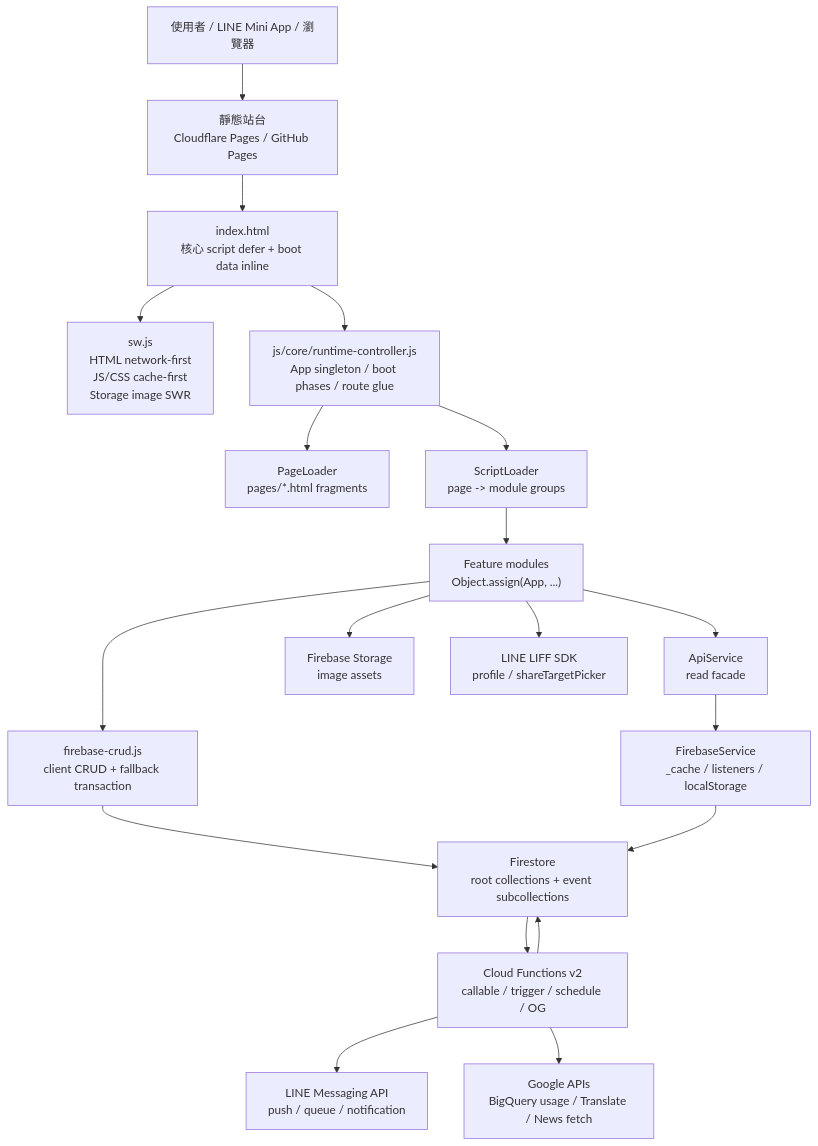
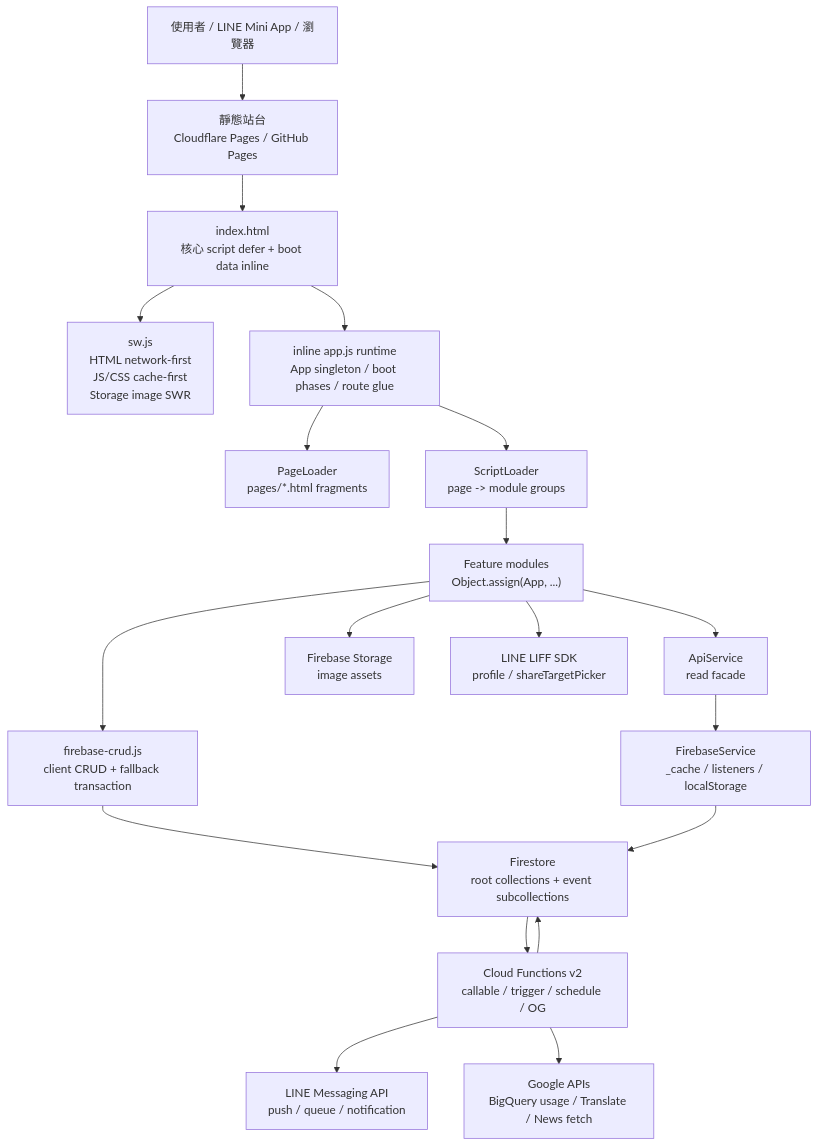
The first of 3 diagrams in docs/architecture.md (msw2004727/FC), drawn with Mermaid before and after one commit. The commit also changed other lines of this file and 9 other files, not shown here.

Commit message:
fix: inline app bootstrap runtime

````diff
--- a/docs/architecture.md
+++ b/docs/architecture.md
@@ -38,38 +38,38 @@
 ```mermaid
 flowchart TD
     U["使用者 / LINE Mini App / 瀏覽器"]
     H["靜態站台\nCloudflare Pages / GitHub Pages"]
     IDX["index.html\n核心 script defer + boot data inline"]
     SW["sw.js\nHTML network-first\nJS/CSS cache-first\nStorage image SWR"]
-    APP["js/core/runtime-controller.js\nApp singleton / boot phases / route glue"]
+    APP["inline app.js runtime\nApp singleton / boot phases / route glue"]
     PL["PageLoader\npages/*.html fragments"]
     SL["ScriptLoader\npage -> module groups"]
     MOD["Feature modules\nObject.assign(App, ...)"]
     API["ApiService\nread facade"]
     FSVC["FirebaseService\n_cache / listeners / localStorage"]
     CRUD["firebase-crud.js\nclient CRUD + fallback transaction"]
     CF["Cloud Functions v2\ncallable / trigger / schedule / OG"]
     DB["Firestore\nroot collections + event subcollections"]
     ST["Firebase Storage\nimage assets"]
     LIFF["LINE LIFF SDK\nprofile / shareTargetPicker"]
     LINE["LINE Messaging API\npush / queue / notification"]
     EXT["Google APIs\nBigQuery usage / Translate / News fetch"]
 
     U --> H --> IDX
     IDX --> SW
     IDX --> APP
     APP --> PL
     APP --> SL
     SL --> MOD
     MOD --> API
     MOD --> CRUD
     API --> FSVC
     CRUD --> DB
     FSVC --> DB
     MOD --> LIFF
     MOD --> ST
     CF --> DB
     CF --> LINE
     CF --> EXT
     DB --> CF
 ```
````
